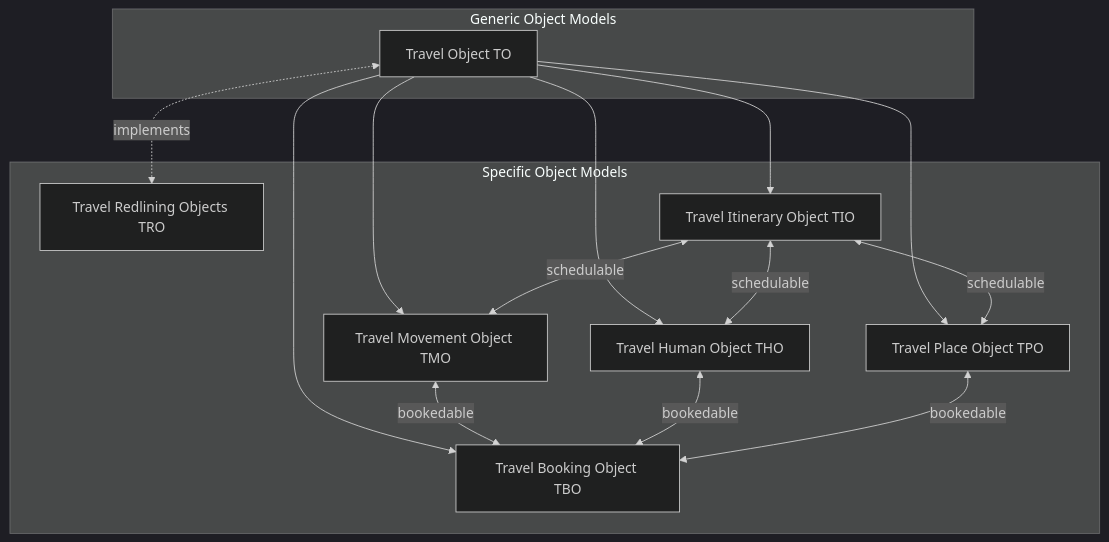
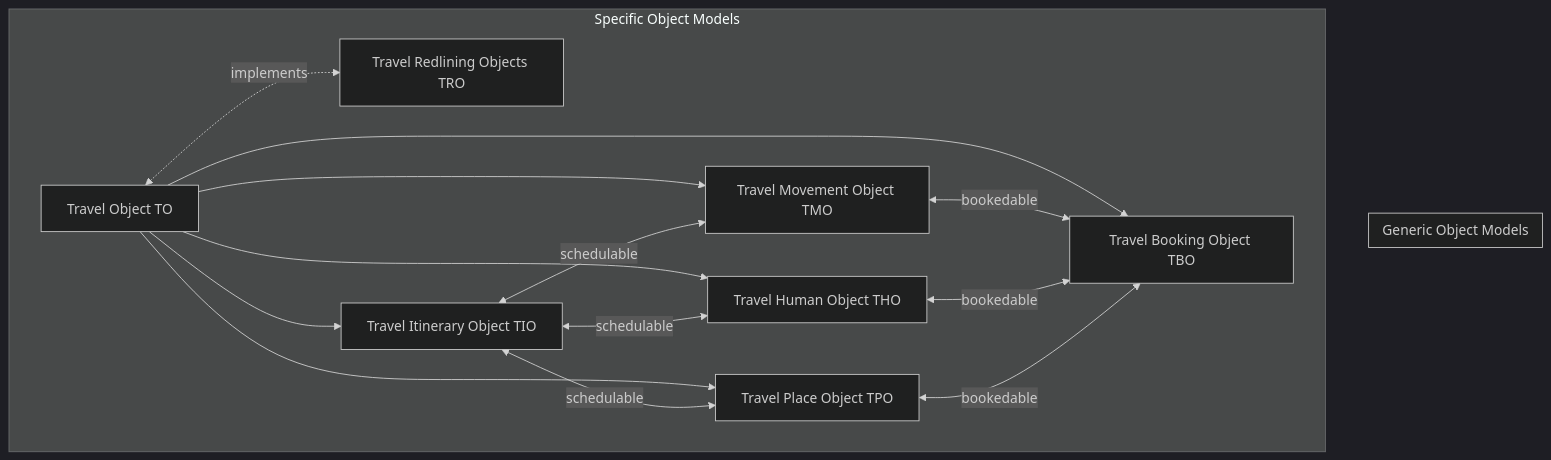
One commit to OSSTRA/TXDM changed the diagram in README.md. Above: the diagram before and after it, drawn with Mermaid (dark theme).

````diff
--- a/README.md
+++ b/README.md
@@ -38,28 +38,27 @@
 ```mermaid
 graph TD;
     subgraph Generic Object Models;
-    BASE[Travel Object TO];
     end;
     subgraph Specific Object Models;
     BASE[Travel Object TO];
-     BASE<-. implements .->TRO[Travel Redlining Objects TRO];
+    BASE<-. implements .->TRO[Travel Redlining Objects TRO];
     BASE-->TIO[Travel Itinerary Object TIO];
     BASE-->TPO[Travel Place Object TPO];
     BASE-->TMO[Travel Movement Object TMO];
     BASE-->THO[Travel Human Object THO]
     BASE-->TBO[Travel Booking Object TBO]
     TIO<-- schedulable-->TPO;
     TIO<-- schedulable-->TMO;
     TIO<-- schedulable-->THO;
     TMO<-- bookedable -->TBO;
     THO<-- bookedable -->TBO;
     TPO<-- bookedable -->TBO;
     end;
     click BASE "https://github.com/OSSTRA/TXDM/blob/main/Travel%20Object%20TO.md"
     click TRO "https://github.com/OSSTRA/TXDM/blob/main/Travel%20Redlining%20Objects%20(TRO).md"
     click TIO "https://github.com/OSSTRA/TXDM/blob/main/Travel%20Itinerary%20Objects%20(TIO).md"
     click TPO "https://github.com/OSSTRA/TXDM/blob/main/Travel%20Place%20Objects%20(TPO).md"
     click TMO "https://github.com/OSSTRA/TXDM/blob/main/Travel%20Movement%20Objects%20(TMO).md"
     click THO "https://github.com/OSSTRA/TXDM/blob/main/Travel%20Human%20Objects%20(THO)"
     click TBO "https://github.com/OSSTRA/TXDM/blob/main/Travel%20Booking%20Objects%20(TBO).md"
 ```
````
